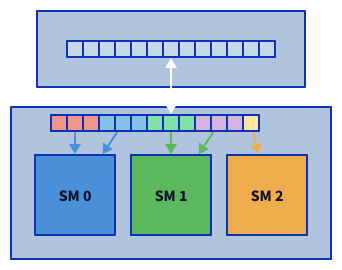
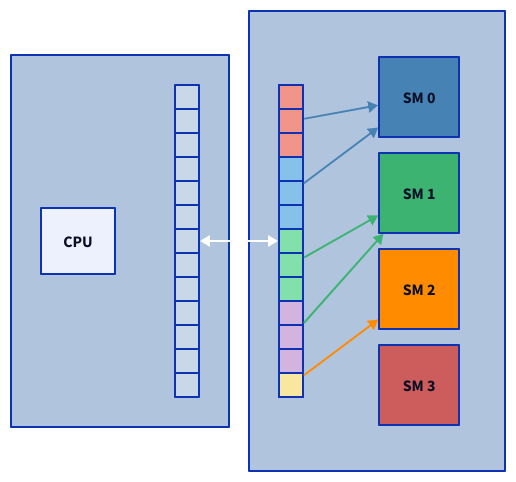
Before and after one commit to marshallward/nrl2026: the diagram in d2/do_concurrent.d2, drawn with D2. The commit also changed 4 other files, not shown here.

Commit message:
Dispatch fig update

```diff
--- a/d2/do_concurrent.d2
+++ b/d2/do_concurrent.d2
@@ -1,147 +1,159 @@
 style.fill: transparent
 
-grid-rows: 2
-grid-columns: 1
-
 host: {
-    near: top-center
+    near: center-left
     label: ""
     style.fill: lightsteelblue
- 
+
+    cpu: {
+        label: "CPU"
+    }
+
     array: {
         label: ""
         #label: "do concurrent (i=1,14)"
         #style.font-size: 14
         #style.font: mono
         style.fill: transparent
         style.stroke: transparent
-        grid-columns: 14
+        grid-rows: 14
         grid-gap: 0
         #style.fill: "#e8e8e8"
         
         *.style.fill: "#c8d8e8"
         *.label: ""
-        *.width: 16
-        *.height: 16
+        *.width: 24
+        *.height: 24
         
         e1; e2; e3; e4; e5; e6; e7; e8; e9; e10; e11; e12; e13;
     }
 }
 
 
 device: "" {
     label: ""
     style.font-color: white
     style.fill: lightsteelblue
     
-    grid-rows: 2
-    grid-gap: 8
-    
+    #grid-rows: 2
+    #grid-gap: 8
+
     chunks: {
         label: ""
         style.fill: transparent
         style.stroke: transparent
-        grid-columns: 5
-        grid-rows: 1
+        grid-rows: 5
+        grid-columns: 1
         grid-gap: 0
         
         *.label: ""
-        *.grid-columns: 3
-        *.grid-rows: 1
+        *.grid-rows: 3
+        *.grid-columns: 1
         *.grid-gap: 0
 
-        c0: {
-            style.fill: transparent
-            style.stroke: transparent
-            t1: "" { style.fill: transparent; style.stroke: transparent; width: 16; height: 16 }
-            t2: "" { style.fill: transparent; style.stroke: transparent; width: 16; height: 16 }
-            #t3: "" { style.fill: transparent; style.stroke: transparent; width: 16; height: 16 }
-        }
+        ## Filler element
+        ## TODO: Can I avoid this?
+        #c0: {
+        #    style.fill: transparent
+        #    style.stroke: transparent
+        #    t1: "" { style.fill: transparent; style.stroke: transparent; width: 24; height: 24 }
+        #    t2: "" { style.fill: transparent; style.stroke: transparent; width: 24; height: 24 }
+        #    t3: "" { style.fill: transparent; style.stroke: transparent; width: 24; height: 24 }
+        #    t4: "" { style.fill: transparent; style.stroke: transparent; width: 24; height: 24 }
+        #    t5: "" { style.fill: transparent; style.stroke: transparent; width: 24; height: 24 }
+        #    t6: "" { style.fill: transparent; style.stroke: transparent; width: 24; height: 24 }
+        #    t7: "" { style.fill: transparent; style.stroke: transparent; width: 24; height: 24 }
+        #    t8: "" { style.fill: transparent; style.stroke: transparent; width: 24; height: 24 }
+        #    t9: "" { style.fill: transparent; style.stroke: transparent; width: 24; height: 24 }
+        #}
         
         c1: {
             style.fill: "#e74c3c"
-            t1: "" { style.fill: "#f1948a"; width: 16; height: 16 }
-            t2: "" { style.fill: "#f1948a"; width: 16; height: 16 }
-            t3: "" { style.fill: "#f1948a"; width: 16; height: 16 }
+            t1: "" { style.fill: "#f1948a"; width: 24; height: 24 }
+            t2: "" { style.fill: "#f1948a"; width: 24; height: 24 }
+            t3: "" { style.fill: "#f1948a"; width: 24; height: 24 }
         }
         c2: {
             style.fill: "#3498db"
-            t1: "" { style.fill: "#85c1e9"; width: 16; height: 16 }
-            t2: "" { style.fill: "#85c1e9"; width: 16; height: 16 }
-            t3: "" { style.fill: "#85c1e9"; width: 16; height: 16 }
+            t1: "" { style.fill: "#85c1e9"; width: 24; height: 24 }
+            t2: "" { style.fill: "#85c1e9"; width: 24; height: 24 }
+            t3: "" { style.fill: "#85c1e9"; width: 24; height: 24 }
         }
         c3: {
             style.fill: "#2ecc71"
-            t1: "" { style.fill: "#82e0aa"; width: 16; height: 16 }
-            t2: "" { style.fill: "#82e0aa"; width: 16; height: 16 }
-            t3: "" { style.fill: "#82e0aa"; width: 16; height: 16 }
+            t1: "" { style.fill: "#82e0aa"; width: 24; height: 24 }
+            t2: "" { style.fill: "#82e0aa"; width: 24; height: 24 }
+            t3: "" { style.fill: "#82e0aa"; width: 24; height: 24 }
         }
         c4: {
             style.fill: "#9b59b6"
-            t1: "" { style.fill: "#d2b4de"; width: 16; height: 16 }
-            t2: "" { style.fill: "#d2b4de"; width: 16; height: 16 }
-            t3: "" { style.fill: "#d2b4de"; width: 16; height: 16 }
+            t1: "" { style.fill: "#d2b4de"; width: 24; height: 24 }
+            t2: "" { style.fill: "#d2b4de"; width: 24; height: 24 }
+            t3: "" { style.fill: "#d2b4de"; width: 24; height: 24 }
         }
         c5: {
             style.fill: "#f39c12"
-            t1: "" { style.fill: "#f9e79f"; width: 16; height: 16 }
-            #t2: "" { style.fill: "#f9e79f"; width: 16; height: 16 }
+            t1: "" { style.fill: "#f9e79f"; width: 24; height: 24 }
+            #t2: "" { style.fill: "#f9e79f"; width: 24; height: 24 }
         }
     }
 
     sms: {
         label: ""
         style.fill: transparent
         style.stroke: transparent
 
         *.width: 80
         *.height: 80
 
-        grid-columns: 3
+        grid-rows: 5
         grid-gap: 16
         
-        sm1: SM 0 {
-            style.fill: "#4a90d9"
+        sm0: SM 0 {
+            style.fill: steelblue
         }
-        sm2: SM 1 {
-            style.fill: "#5cb85c"
+        sm1: SM 1 {
+            style.fill: mediumseagreen
         }
-        sm3: SM 2 {
-            style.fill: "#f0ad4e"
+        sm2: SM 2 {
+            style.fill: darkorange
+        }
+        sm3: SM 3 {
+            style.fill: indianred
         }
     }
 }
 
 host.array <-> device.chunks: "" {
     #style.font: mono
     style.stroke: white
     #style.font-color: white
 }
 
-device.chunks.c1 -> device.sms.sm1 {
-    style.stroke: "#4a90d9"
+device.chunks.c1 -> device.sms.sm0 {
+    style.stroke: steelblue
     style.stroke-width: 2
 }
 
-device.chunks.c2 -> device.sms.sm1 {
-#device.chunks.c2 -> device.sms.sm2 {
-    style.stroke: "#4a90d9"
+device.chunks.c2 -> device.sms.sm0 {
+#device.chunks.c2 -> device.sms.sm1 {
+    style.stroke: steelblue
     #style.stroke: "#5cb85c"
     style.stroke-width: 2
 }
 
-device.chunks.c3 -> device.sms.sm2 {
-    style.stroke: "#5cb85c"
+device.chunks.c3 -> device.sms.sm1 {
+    style.stroke: mediumseagreen
     style.stroke-width: 2
 }
 
-device.chunks.c4 -> device.sms.sm2 {
-#device.chunks.c4 -> device.sms.sm3 {
-    style.stroke: "#5cb85c"
+device.chunks.c4 -> device.sms.sm1 {
+#device.chunks.c4 -> device.sms.sm2 {
+    style.stroke: mediumseagreen
     #style.stroke: "#f0ad4e"
     style.stroke-width: 2
 }
-device.chunks.c5 -> device.sms.sm3 {
-    style.stroke: "#f0ad4e"
+device.chunks.c5 -> device.sms.sm2 {
+    style.stroke: darkorange
     style.stroke-width: 2
 }
```
